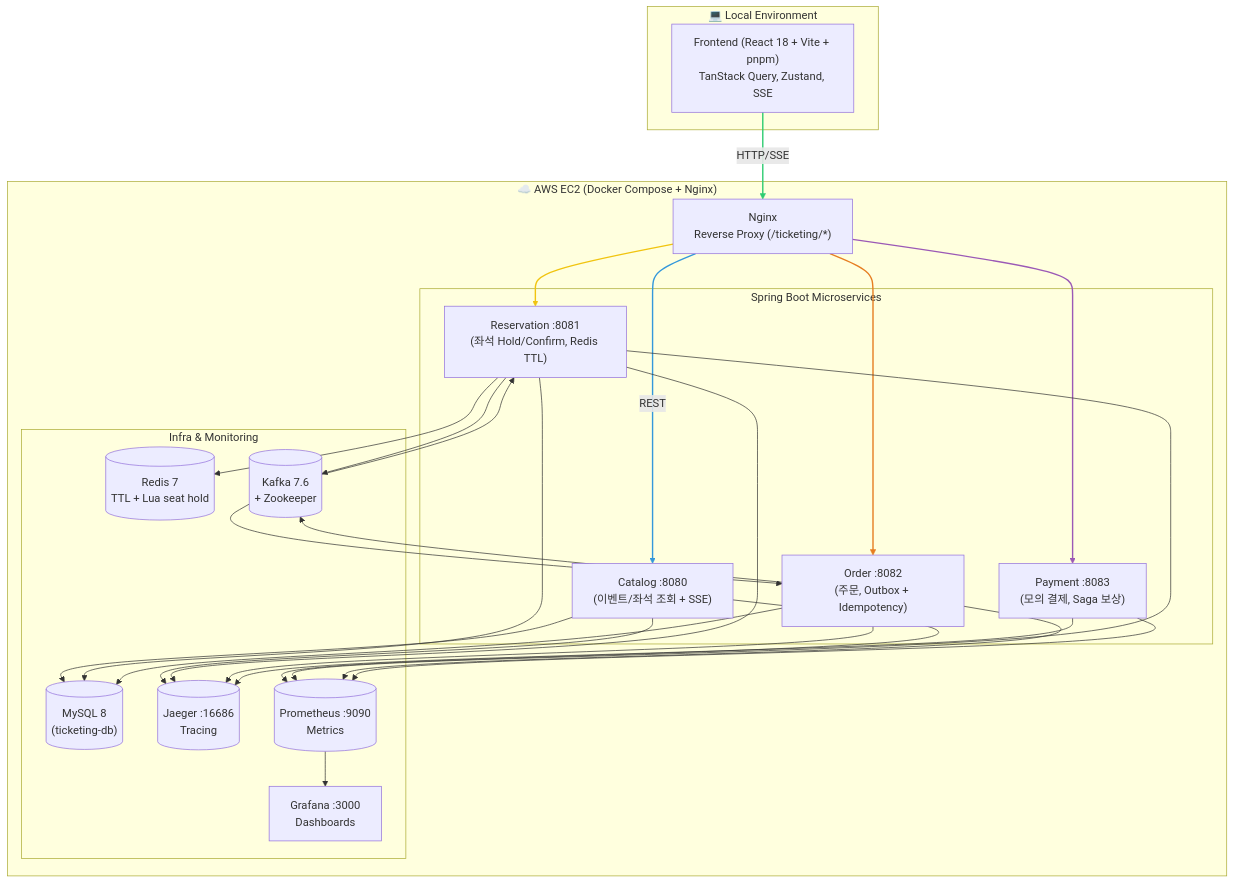
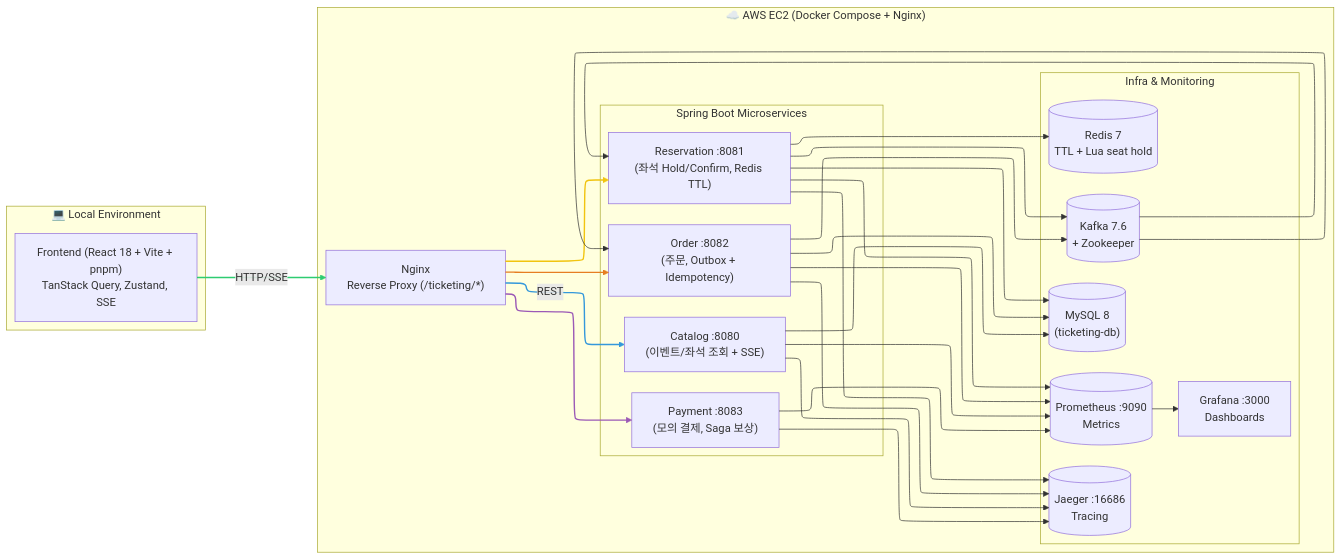
One commit to tpdus751/ticketing-project changed the diagram in README.md. Above: the diagram before and after it, drawn with Mermaid.

````diff
--- a/README.md
+++ b/README.md
@@ -49,75 +49,79 @@
 ```mermaid
-flowchart TD
+---
+config:
+  layout: elk
+---
+flowchart LR
     %% ======================
     %% Client (Local)
     %% ======================
     subgraph Local["💻 Local Environment"]
         FE["Frontend (React 18 + Vite + pnpm)\nTanStack Query, Zustand, SSE"]
     end
 
     %% ======================
     %% AWS EC2
     %% ======================
     subgraph EC2["☁️ AWS EC2 (Docker Compose + Nginx)"]
         Nginx["Nginx\nReverse Proxy (/ticketing/*)"]
 
         %% Microservices
         subgraph BE["Spring Boot Microservices"]
             C["Catalog :8080\n(이벤트/좌석 조회 + SSE)"] 
             R["Reservation :8081\n(좌석 Hold/Confirm, Redis TTL)"] 
             O["Order :8082\n(주문, Outbox + Idempotency)"] 
             P["Payment :8083\n(모의 결제, Saga 보상)"] 
         end
 
         %% Infra
         subgraph Infra["Infra & Monitoring"]
             MySQL[("MySQL 8\n(ticketing-db)")]
             Redis[("Redis 7\nTTL + Lua seat hold")]
             Kafka[("Kafka 7.6\n+ Zookeeper")]
             Jaeger[("Jaeger :16686\nTracing")]
             Prometheus[("Prometheus :9090\nMetrics")]
             Grafana["Grafana :3000\nDashboards"]
         end
     end
 
     %% ======================
     %% Connections
     %% ======================
     FE -- HTTP/SSE --> Nginx
     Nginx -- REST --> C
     Nginx --> R
     Nginx --> O
     Nginx --> P
 
     C --> MySQL
     R --> Redis
     R --> MySQL
     O --> MySQL
     O --> Kafka
     R --> Kafka
     Kafka --> O
     Kafka --> R
 
     %% Observability
     C --> Jaeger
     R --> Jaeger
     O --> Jaeger
     P --> Jaeger
 
     C --> Prometheus
     R --> Prometheus
     O --> Prometheus
     P --> Prometheus
 
     Prometheus --> Grafana
 
     %% ======================
     %% Styling (main flows)
     %% ======================
     linkStyle 0 stroke:#2ecc71,stroke-width:2px,fill:none
     linkStyle 1 stroke:#3498db,stroke-width:2px,fill:none
     linkStyle 2 stroke:#f1c40f,stroke-width:2px,fill:none
     linkStyle 3 stroke:#e67e22,stroke-width:2px,fill:none
     linkStyle 4 stroke:#9b59b6,stroke-width:2px,fill:none
 
 ```
````
